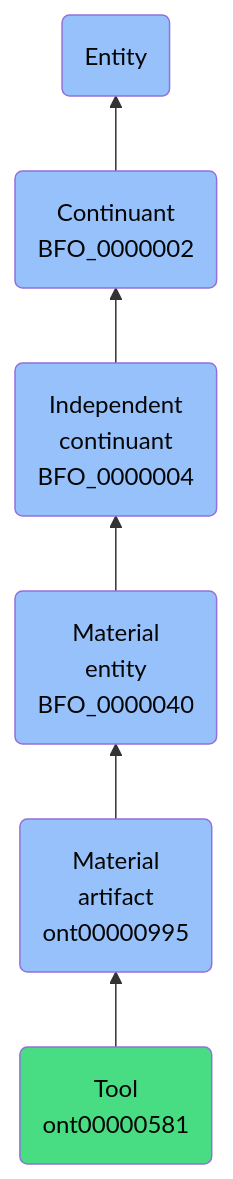
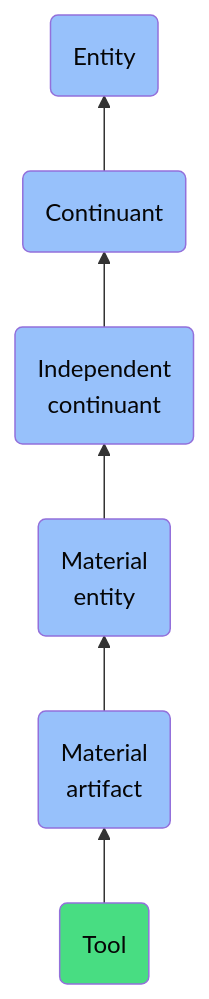
Before and after one commit to jupyter-naas/abi: the diagram in docs/ontology/reference/model/Entity/Continuant/Independent continuant/Material entity/Material artifact/Tool/Tool.md, drawn with Mermaid. The commit also changed other lines of this file and 1430 other files, not shown here.

````diff
--- a/docs/ontology/reference/model/Entity/Continuant/Independent continuant/Material entity/Material artifact/Tool/Tool.md
+++ b/docs/ontology/reference/model/Entity/Continuant/Independent continuant/Material entity/Material artifact/Tool/Tool.md
@@ -24,13 +24,13 @@
 ```mermaid
 graph BT
-    ont00000581(Tool<br>ont00000581):::ABI-->ont00000995
-    ont00000995(Material<br>artifact<br>ont00000995):::BFO-->BFO_0000040
-    BFO_0000040(Material<br>entity<br>BFO_0000040):::BFO-->BFO_0000004
-    BFO_0000004(Independent<br>continuant<br>BFO_0000004):::BFO-->BFO_0000002
-    BFO_0000002(Continuant<br>BFO_0000002):::BFO-->BFO_0000001
+    ont00000581(Tool):::ABI-->ont00000995
+    ont00000995(Material<br>artifact):::BFO-->BFO_0000040
+    BFO_0000040(Material<br>entity):::BFO-->BFO_0000004
+    BFO_0000004(Independent<br>continuant):::BFO-->BFO_0000002
+    BFO_0000002(Continuant):::BFO-->BFO_0000001
     BFO_0000001(Entity):::BFO
     
     classDef BFO fill:#97c1fb,color:#060606
     classDef CCO fill:#e4c51e,color:#060606
     classDef ABI fill:#48DD82,color:#060606
 ```
````
